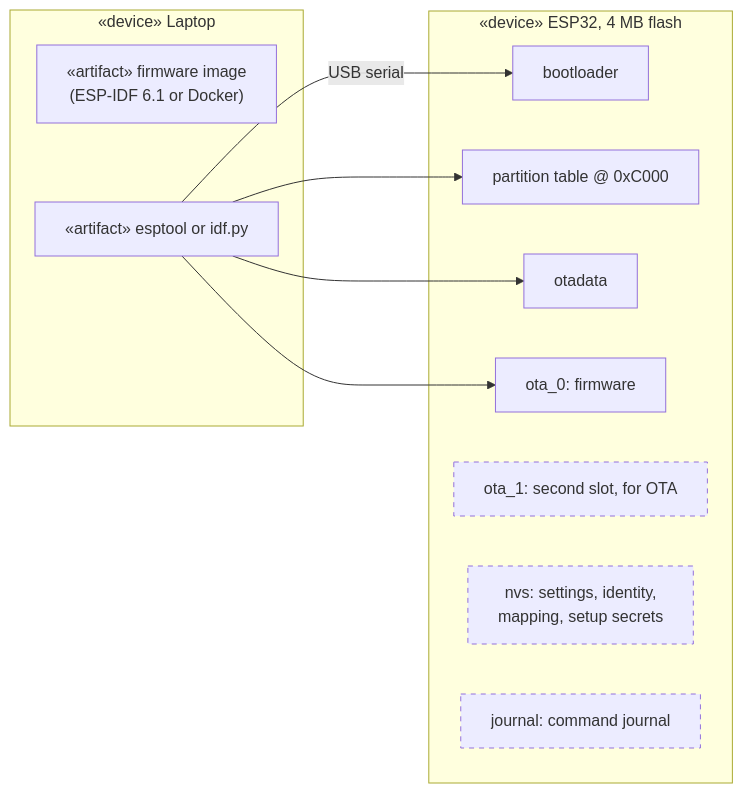
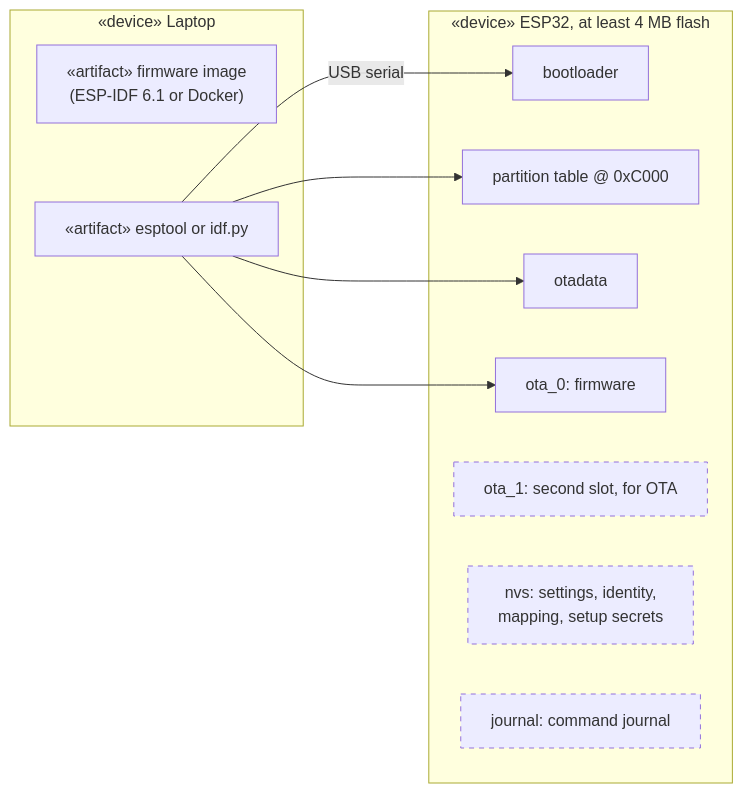
The third of 3 diagrams in website/src/content/docs/dokumentation/esp32/flashing.md (Open-Locker/Open-Locker), drawn with Mermaid before and after one commit. The commit also changed other lines of this file and 11 other files, not shown here.

````diff
--- a/website/src/content/docs/dokumentation/esp32/flashing.md
+++ b/website/src/content/docs/dokumentation/esp32/flashing.md
@@ -337,22 +338,22 @@
 ```mermaid
 flowchart LR
     subgraph laptop["«device» Laptop"]
         idf["«artifact» firmware image<br/>(ESP-IDF 6.1 or Docker)"]
         esptool["«artifact» esptool or idf.py"]
     end
-    subgraph esp["«device» ESP32, 4 MB flash"]
+    subgraph esp["«device» ESP32, at least 4 MB flash"]
         boot["bootloader"]
         pt["partition table @ 0xC000"]
         ota["otadata"]
         app0["ota_0: firmware"]
         app1["ota_1: second slot, for OTA"]
         nvs["nvs: settings, identity,<br/>mapping, setup secrets"]
         journal["journal: command journal"]
     end
     esptool -- "USB serial" --> boot
     esptool --> pt
     esptool --> ota
     esptool --> app0
     classDef kept stroke-dasharray: 5 5
     class nvs,journal,app1 kept
 ```
````
